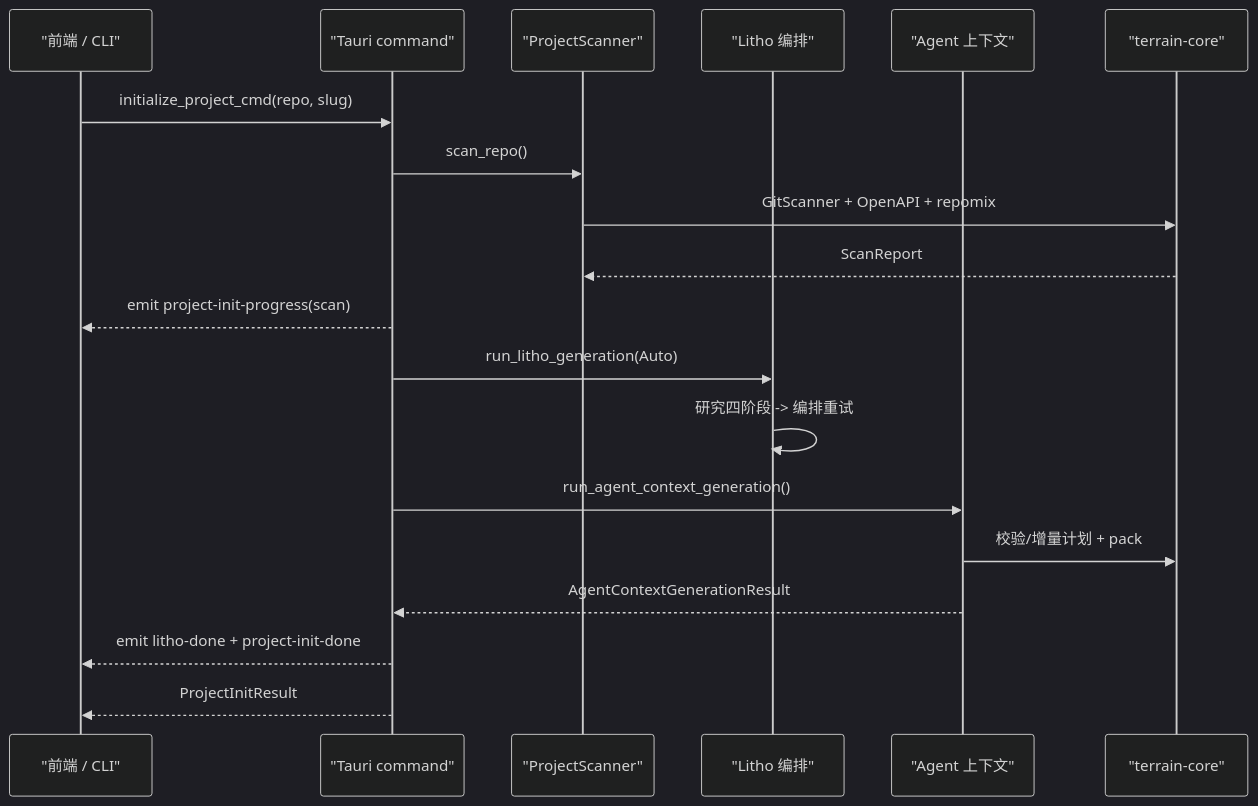
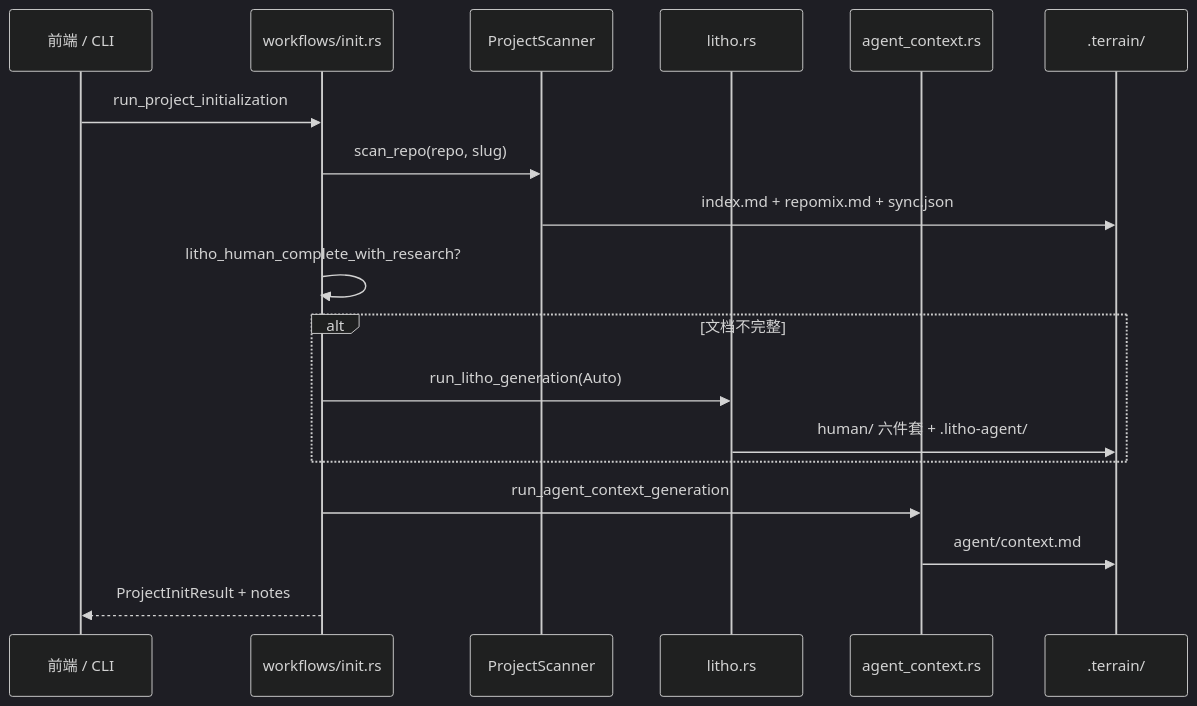
One commit to sopaco/terrain changed the fifth of 6 diagrams in .terrain/human/2.架构.md. Above: the diagram before and after it, drawn with Mermaid (dark theme). The commit also changed other lines of this file and 39 other files, not shown here.

````diff
--- a/.terrain/human/2.架构.md
+++ b/.terrain/human/2.架构.md
@@ -204,22 +197,21 @@
 ```mermaid
 sequenceDiagram
-    participant UI as "前端 / CLI"
-    participant CMD as "Tauri command"
-    participant SCAN as "ProjectScanner"
-    participant LITHO as "Litho 编排"
-    participant CTX as "Agent 上下文"
-    participant CORE as "terrain-core"
+    participant UI as 前端 / CLI
+    participant WF as workflows/init.rs
+    participant SC as ProjectScanner
+    participant LI as litho.rs
+    participant AC as agent_context.rs
+    participant FS as .terrain/
 
-    UI->>CMD: initialize_project_cmd(repo, slug)
-    CMD->>SCAN: scan_repo()
-    SCAN->>CORE: GitScanner + OpenAPI + repomix
-    CORE-->>SCAN: ScanReport
-    CMD-->>UI: emit project-init-progress(scan)
-    CMD->>LITHO: run_litho_generation(Auto)
-    LITHO->>LITHO: 研究四阶段 -> 编排重试
-    CMD->>CTX: run_agent_context_generation()
-    CTX->>CORE: 校验/增量计划 + pack
-    CTX-->>CMD: AgentContextGenerationResult
-    CMD-->>UI: emit litho-done + project-init-done
-    CMD-->>UI: ProjectInitResult
+    UI->>WF: run_project_initialization
+    WF->>SC: scan_repo(repo, slug)
+    SC->>FS: index.md + repomix.md + sync.json
+    WF->>WF: litho_human_complete_with_research?
+    alt 文档不完整
+        WF->>LI: run_litho_generation(Auto)
+        LI->>FS: human/ 六件套 + .litho-agent/
+    end
+    WF->>AC: run_agent_context_generation
+    AC->>FS: agent/context.md
+    WF-->>UI: ProjectInitResult + notes
 ```
````
